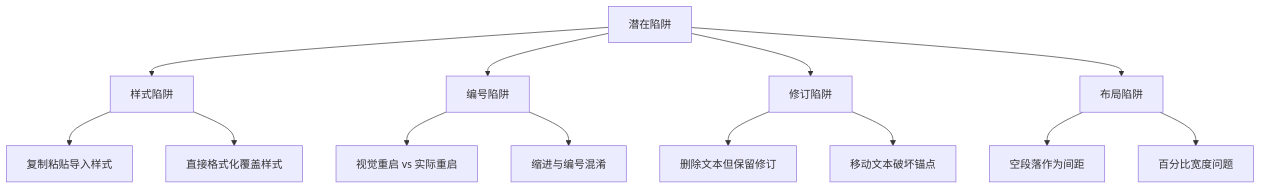
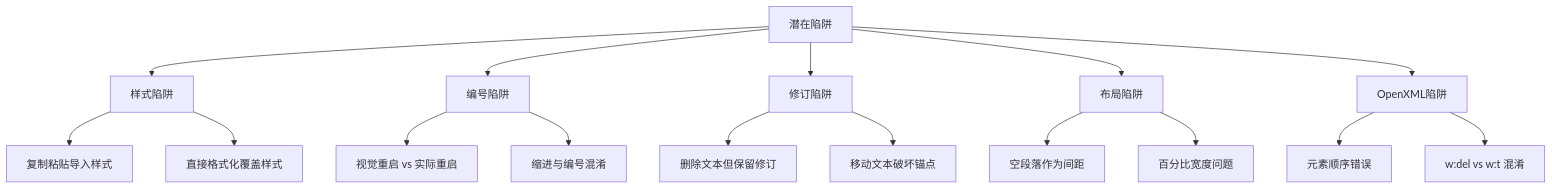
The ninth of 9 diagrams in .qoder/repowiki/zh/content/技能平台/内置技能/Word 文档处理技能.md (verse-ai-org/openclaw), drawn with Mermaid before and after one commit. The commit also changed other lines of this file and 48 other files, not shown here.

````diff
--- a/.qoder/repowiki/zh/content/技能平台/内置技能/Word 文档处理技能.md
+++ b/.qoder/repowiki/zh/content/技能平台/内置技能/Word 文档处理技能.md
@@ -385,15 +405,18 @@
 ```mermaid
 flowchart TD
 A[潜在陷阱] --> B[样式陷阱]
 A --> C[编号陷阱]
 A --> D[修订陷阱]
 A --> E[布局陷阱]
+A --> F[OpenXML陷阱]
 B --> B1[复制粘贴导入样式]
 B --> B2[直接格式化覆盖样式]
 C --> C1[视觉重启 vs 实际重启]
 C --> C2[缩进与编号混淆]
 D --> D1[删除文本但保留修订]
 D --> D2[移动文本破坏锚点]
 E --> E1[空段落作为间距]
 E --> E2[百分比宽度问题]
+F --> F1[元素顺序错误]
+F --> F2[w:del vs w:t 混淆]
 ```
````
